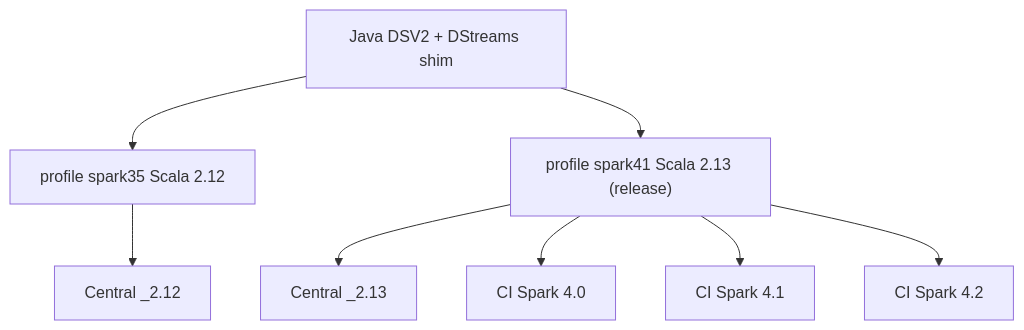
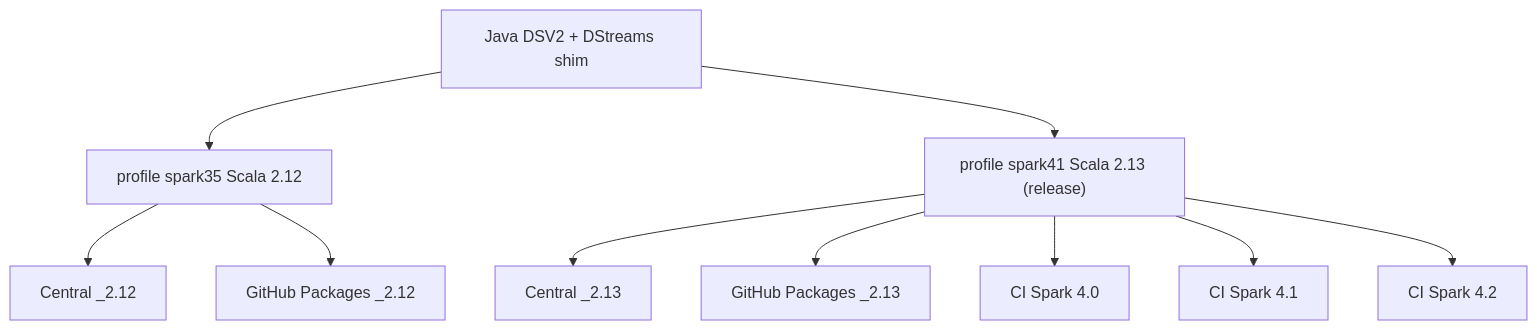
The second of 2 diagrams in docs/publishing-maven-central.md (juarezr/spark-streaming-google-pubsub), drawn with Mermaid before and after one commit. The commit also changed other lines of this file and 2 other files, not shown here.

First line of the commit message:
feat: add GitHub Packages support to Maven publishing

````diff
--- a/docs/publishing-maven-central.md
+++ b/docs/publishing-maven-central.md
@@ -26,11 +33,13 @@
 ```mermaid
 flowchart TB
   src[Java DSV2 + DStreams shim]
   src --> p35["profile spark35 Scala 2.12"]
   src --> p41["profile spark41 Scala 2.13 (release)"]
   p35 --> c35["Central _2.12"]
   p41 --> c413["Central _2.13"]
+  p35 --> g35["GitHub Packages _2.12"]
+  p41 --> g413["GitHub Packages _2.13"]
   p41 --> t40["CI Spark 4.0"]
   p41 --> t41["CI Spark 4.1"]
   p41 --> t42["CI Spark 4.2"]
 ```
````
